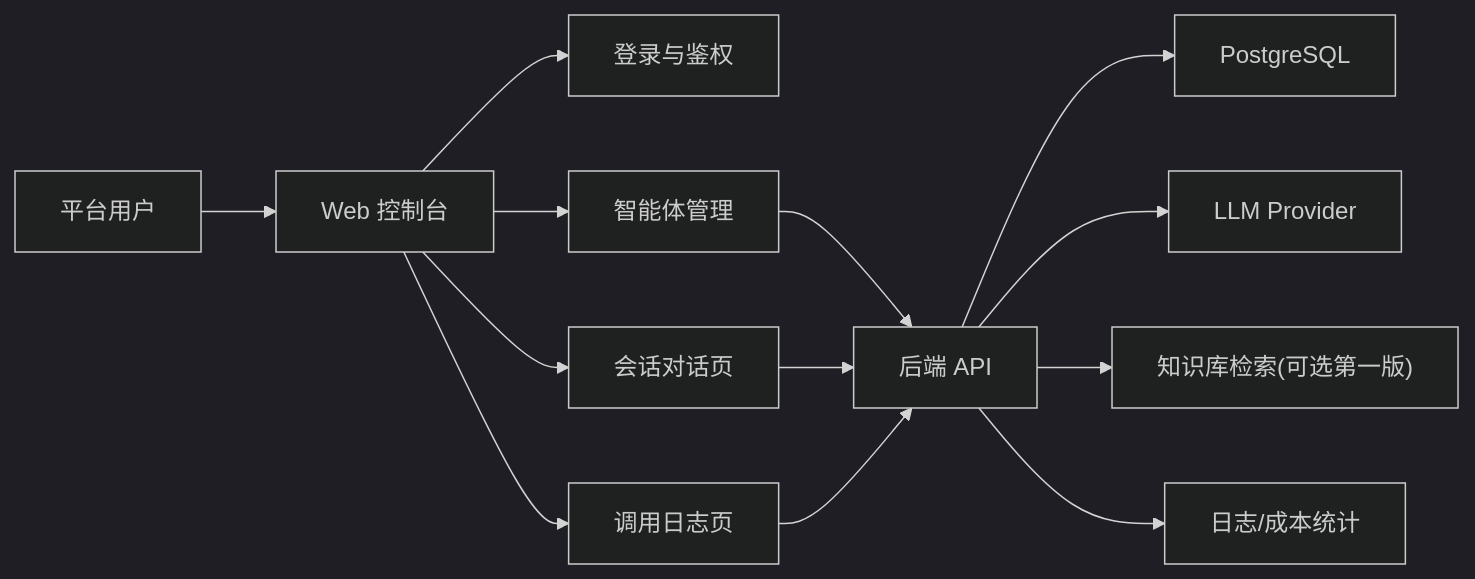
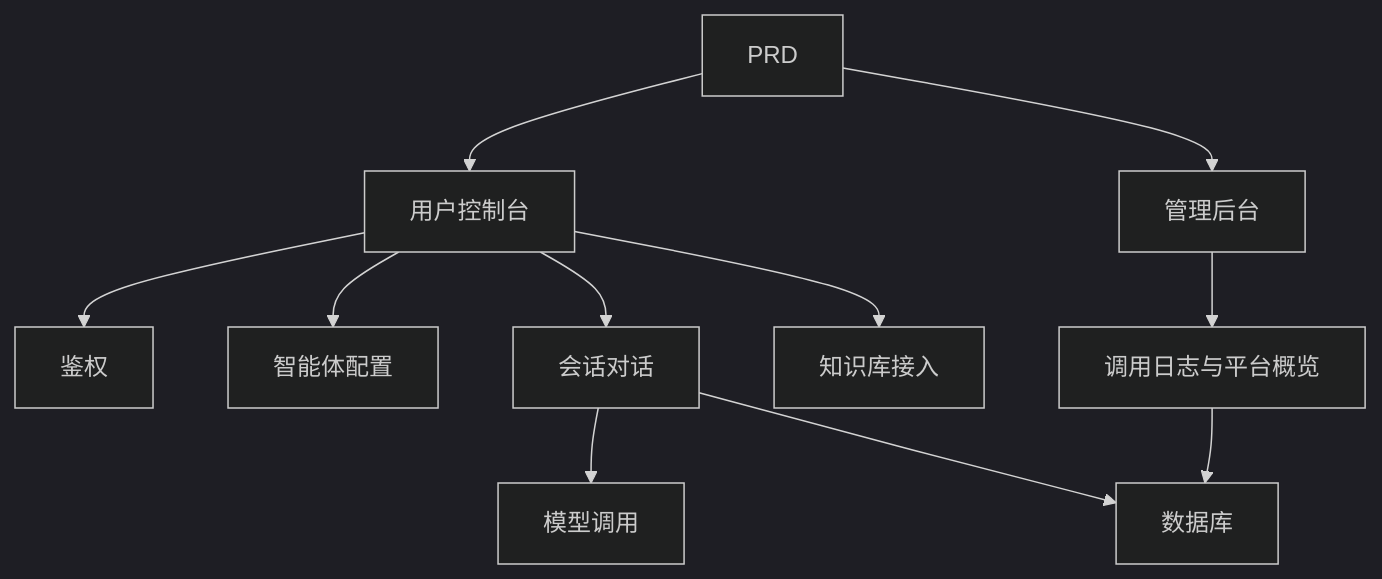
The diagram in docs/zh-cn/stage-2/assignments/custom-dify-agent-platform/index.md (sketchymonk/easy-vibe), drawn with Mermaid (dark theme) before and after one commit. The commit also changed other lines of this file and 18 other files, not shown here.

````diff
--- a/docs/zh-cn/stage-2/assignments/custom-dify-agent-platform/index.md
+++ b/docs/zh-cn/stage-2/assignments/custom-dify-agent-platform/index.md
@@ -34,15 +69,13 @@
 ```mermaid
-flowchart LR
-  user["平台用户"] --> web["Web 控制台"]
-  web --> auth["登录与鉴权"]
-  web --> agent["智能体管理"]
-  web --> chat["会话对话页"]
-  web --> logs["调用日志页"]
-  agent --> api["后端 API"]
-  chat --> api
-  logs --> api
-  api --> db["PostgreSQL"]
-  api --> llm["LLM Provider"]
-  api --> kb["知识库检索(可选第一版)"]
-  api --> trace["日志/成本统计"]
+flowchart TD
+  prd["PRD"] --> app["用户控制台"]
+  prd --> admin["管理后台"]
+  app --> auth["鉴权"]
+  app --> agent["智能体配置"]
+  app --> chat["会话对话"]
+  chat --> llm["模型调用"]
+  chat --> db["数据库"]
+  app --> kb["知识库接入"]
+  admin --> logs["调用日志与平台概览"]
+  logs --> db
 ```
````
